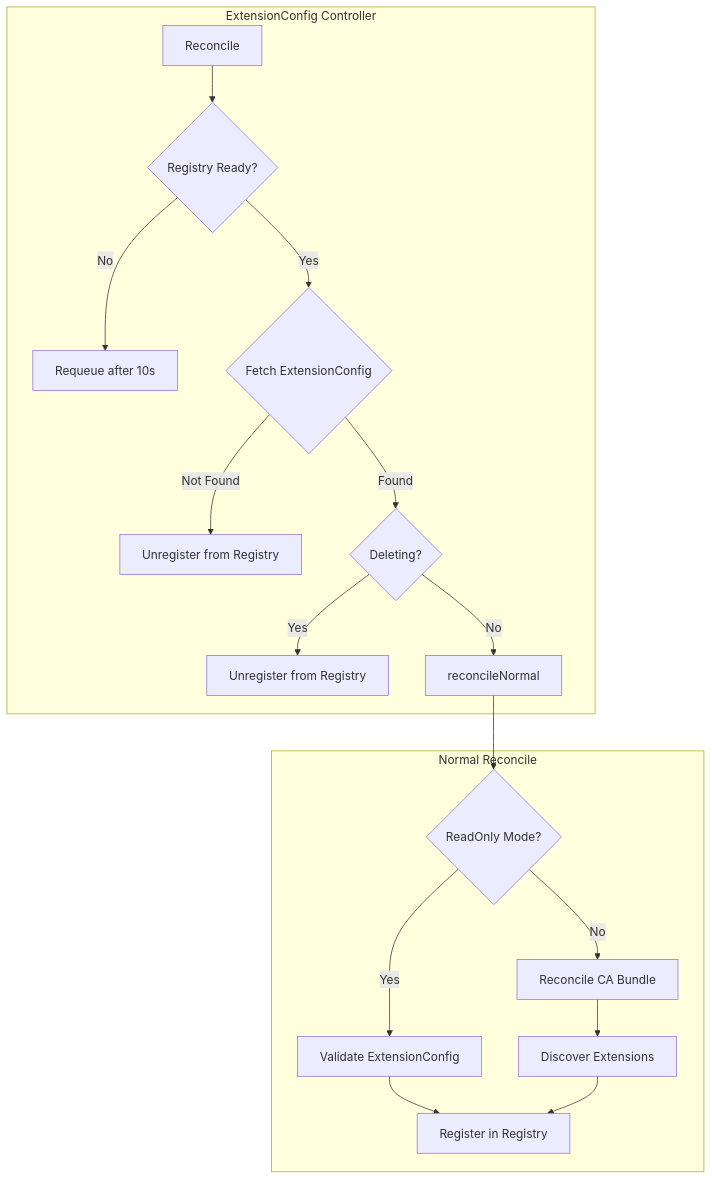
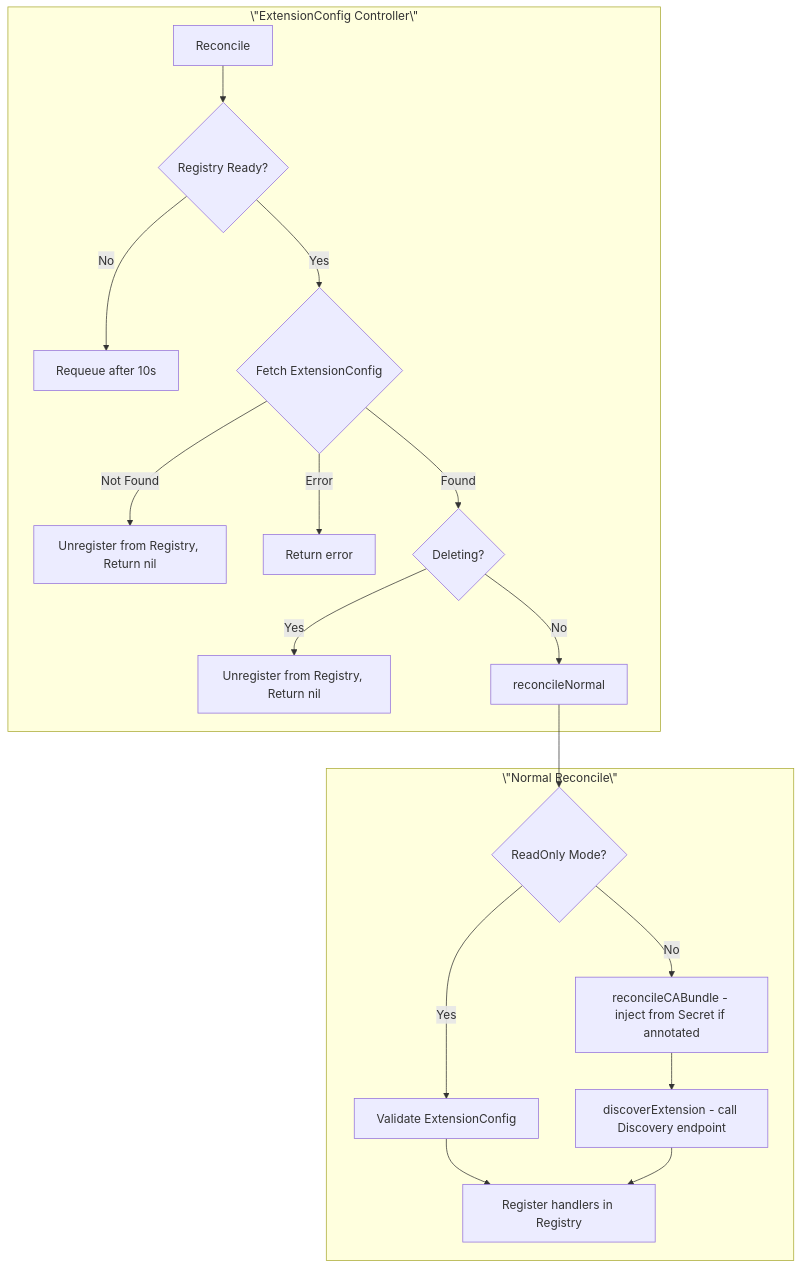
The first of 9 diagrams in ai-gen/internal/controllers/extensionconfig_controller.md (seanyen/cluster-api), drawn with Mermaid before and after one commit. The commit also changed 8 other files, not shown here.

````diff
--- a/ai-gen/internal/controllers/extensionconfig_controller.md
+++ b/ai-gen/internal/controllers/extensionconfig_controller.md
@@ -7,24 +7,25 @@
 ```mermaid
 flowchart TB
-    subgraph "ExtensionConfig Controller"
+    subgraph \"ExtensionConfig Controller\"
         R[Reconcile] --> W{Registry Ready?}
         W -->|No| RQ[Requeue after 10s]
         W -->|Yes| F{Fetch ExtensionConfig}
-        F -->|Not Found| RD[Unregister from Registry]
+        F -->|Not Found| RD[Unregister from Registry, Return nil]
+        F -->|Error| Err[Return error]
         F -->|Found| D{Deleting?}
-        D -->|Yes| RD2[Unregister from Registry]
+        D -->|Yes| RD2[Unregister from Registry, Return nil]
         D -->|No| RN[reconcileNormal]
     end
     
-    subgraph "Normal Reconcile"
+    subgraph \"Normal Reconcile\"
         RO{ReadOnly Mode?}
         V[Validate ExtensionConfig]
-        RC[Reconcile CA Bundle]
-        DIS[Discover Extensions]
-        REG[Register in Registry]
+        RC[reconcileCABundle - inject from Secret if annotated]
+        DIS[discoverExtension - call Discovery endpoint]
+        REG[Register handlers in Registry]
     end
     
     RN --> RO
     RO -->|Yes| V --> REG
     RO -->|No| RC --> DIS --> REG
 ```
````
